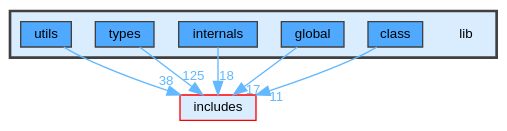
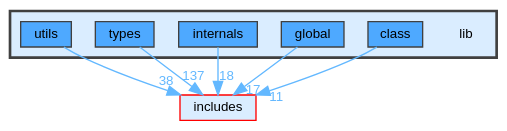
Before and after one commit to JS-CMP/JS-CMP: the diagram in dir_97aefd0d527b934f1d99a682da8fe6a9_dep.dot, drawn with Graphviz. The commit also changed 207 other files, not shown here.

```diff
--- a/dir_97aefd0d527b934f1d99a682da8fe6a9_dep.dot
+++ b/dir_97aefd0d527b934f1d99a682da8fe6a9_dep.dot
@@ -1,23 +1,23 @@
 digraph "lib"
 {
  // LATEX_PDF_SIZE
   bgcolor="transparent";
   edge [fontname=Helvetica,fontsize=10,labelfontname=Helvetica,labelfontsize=10];
   node [fontname=Helvetica,fontsize=10,shape=box,height=0.2,width=0.4];
   compound=true
   subgraph clusterdir_97aefd0d527b934f1d99a682da8fe6a9 {
     graph [ bgcolor="#daedff", pencolor="grey25", label="", fontname=Helvetica,fontsize=10 style="filled,bold", URL="dir_97aefd0d527b934f1d99a682da8fe6a9.html",tooltip=""]
     dir_97aefd0d527b934f1d99a682da8fe6a9 [shape=plaintext, label="lib"];
   dir_285d619cbfa84c6430bdb6c8ccfd6309 [label="class", fillcolor="#4ea9ff", color="grey25", style="filled", URL="dir_285d619cbfa84c6430bdb6c8ccfd6309.html",tooltip=""];
   dir_e5351f453d76e877d7266eb645a452b4 [label="global", fillcolor="#4ea9ff", color="grey25", style="filled", URL="dir_e5351f453d76e877d7266eb645a452b4.html",tooltip=""];
   dir_b676090d228801dd7ffbbb73657bbc43 [label="internals", fillcolor="#4ea9ff", color="grey25", style="filled", URL="dir_b676090d228801dd7ffbbb73657bbc43.html",tooltip=""];
   dir_560694f03ee5bf1136d79e4f1ca1ca37 [label="types", fillcolor="#4ea9ff", color="grey25", style="filled", URL="dir_560694f03ee5bf1136d79e4f1ca1ca37.html",tooltip=""];
   dir_4ce02b87227cef1244bdd1fa3b12a08b [label="utils", fillcolor="#4ea9ff", color="grey25", style="filled", URL="dir_4ce02b87227cef1244bdd1fa3b12a08b.html",tooltip=""];
   }
   dir_09e761304027c904456130627fd4dcf5 [label="includes", fillcolor="#daedff", color="red", style="filled", URL="dir_09e761304027c904456130627fd4dcf5.html",tooltip=""];
   dir_285d619cbfa84c6430bdb6c8ccfd6309->dir_09e761304027c904456130627fd4dcf5 [headlabel="11", labeldistance=1.5 headhref="dir_000007_000018.html" href="dir_000007_000018.html" color="steelblue1" fontcolor="steelblue1"];
   dir_e5351f453d76e877d7266eb645a452b4->dir_09e761304027c904456130627fd4dcf5 [headlabel="17", labeldistance=1.5 headhref="dir_000017_000018.html" href="dir_000017_000018.html" color="steelblue1" fontcolor="steelblue1"];
   dir_b676090d228801dd7ffbbb73657bbc43->dir_09e761304027c904456130627fd4dcf5 [headlabel="18", labeldistance=1.5 headhref="dir_000020_000018.html" href="dir_000020_000018.html" color="steelblue1" fontcolor="steelblue1"];
-  dir_560694f03ee5bf1136d79e4f1ca1ca37->dir_09e761304027c904456130627fd4dcf5 [headlabel="125", labeldistance=1.5 headhref="dir_000036_000018.html" href="dir_000036_000018.html" color="steelblue1" fontcolor="steelblue1"];
-  dir_4ce02b87227cef1244bdd1fa3b12a08b->dir_09e761304027c904456130627fd4dcf5 [headlabel="38", labeldistance=1.5 headhref="dir_000040_000018.html" href="dir_000040_000018.html" color="steelblue1" fontcolor="steelblue1"];
+  dir_560694f03ee5bf1136d79e4f1ca1ca37->dir_09e761304027c904456130627fd4dcf5 [headlabel="137", labeldistance=1.5 headhref="dir_000037_000018.html" href="dir_000037_000018.html" color="steelblue1" fontcolor="steelblue1"];
+  dir_4ce02b87227cef1244bdd1fa3b12a08b->dir_09e761304027c904456130627fd4dcf5 [headlabel="38", labeldistance=1.5 headhref="dir_000041_000018.html" href="dir_000041_000018.html" color="steelblue1" fontcolor="steelblue1"];
 }
```
